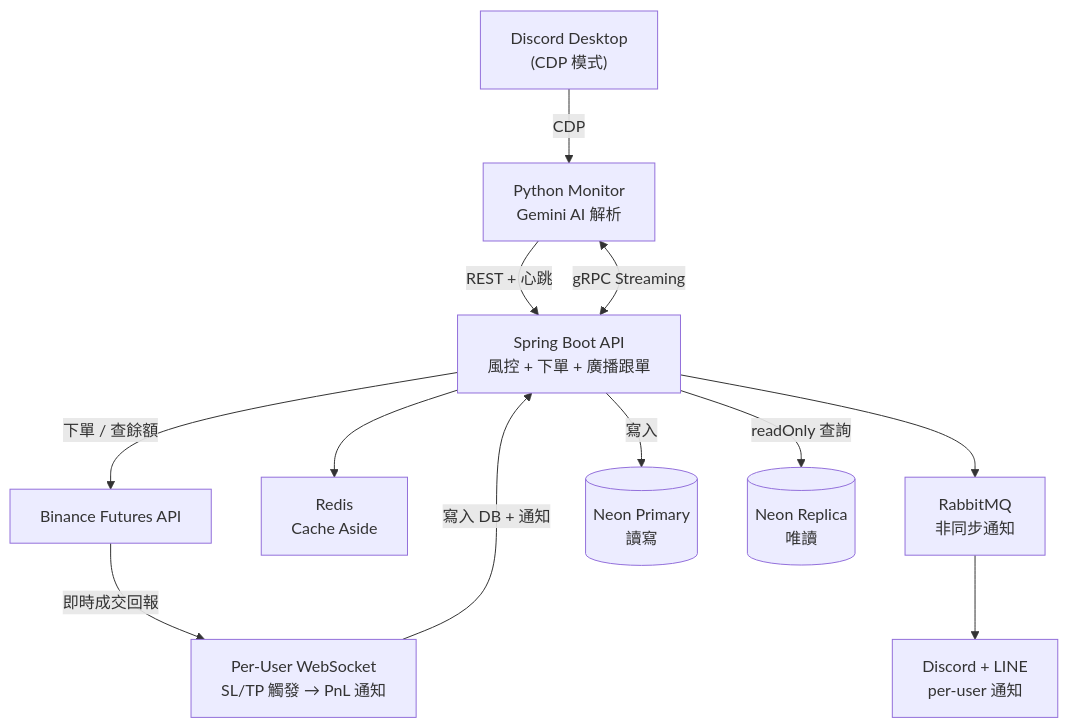
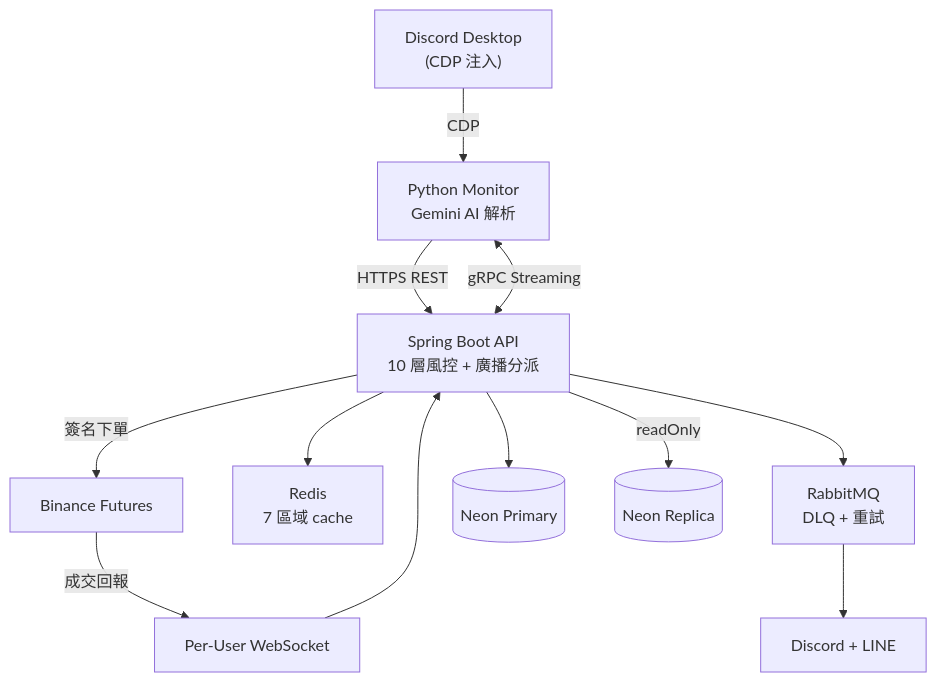
One commit to justinhsu1477/crypto-signal-trader changed the diagram in README.md. Above: the diagram before and after it, drawn with Mermaid. The commit also changed other lines of this file, not shown here.

````diff
--- a/README.md
+++ b/README.md
@@ -11,24 +58,23 @@
 ```mermaid
 graph TD
-    Discord["Discord Desktop<br/>(CDP 模式)"]
+    Discord["Discord Desktop<br/>(CDP 注入)"]
     Monitor["Python Monitor<br/>Gemini AI 解析"]
-    API["Spring Boot API<br/>風控 + 下單 + 廣播跟單"]
-    RMQ["RabbitMQ<br/>非同步通知"]
-    Redis["Redis<br/>Cache Aside"]
-    Binance["Binance Futures API"]
-    WS["Per-User WebSocket<br/>SL/TP 觸發 → PnL 通知"]
-    Primary[("Neon Primary<br/>讀寫")]
-    Replica[("Neon Replica<br/>唯讀")]
-    Notify["Discord + LINE<br/>per-user 通知"]
+    API["Spring Boot API<br/>10 層風控 + 廣播分派"]
+    RMQ["RabbitMQ<br/>DLQ + 重試"]
+    Redis["Redis<br/>7 區域 cache"]
+    Binance["Binance Futures"]
+    WS["Per-User WebSocket"]
+    Primary[("Neon Primary")]
+    Replica[("Neon Replica")]
+    Notify["Discord + LINE"]
 
-    Discord -->|"CDP"| Monitor
-    Monitor -->|"REST + 心跳"| API
-    API <-->|"gRPC Streaming"| Monitor
-    API -->|"下單 / 查餘額"| Binance
-    Binance -->|"即時成交回報"| WS
-    WS -->|"寫入 DB + 通知"| API
-    API -->|"寫入"| Primary
-    API -->|"readOnly 查詢"| Replica
+    Discord -->|CDP| Monitor
+    Monitor -->|HTTPS REST| API
+    API <-->|gRPC Streaming| Monitor
+    API -->|簽名下單| Binance
+    Binance -->|成交回報| WS --> API
+    API --> Primary
+    API -->|readOnly| Replica
     API --> Redis
     API --> RMQ --> Notify
 ```
````
